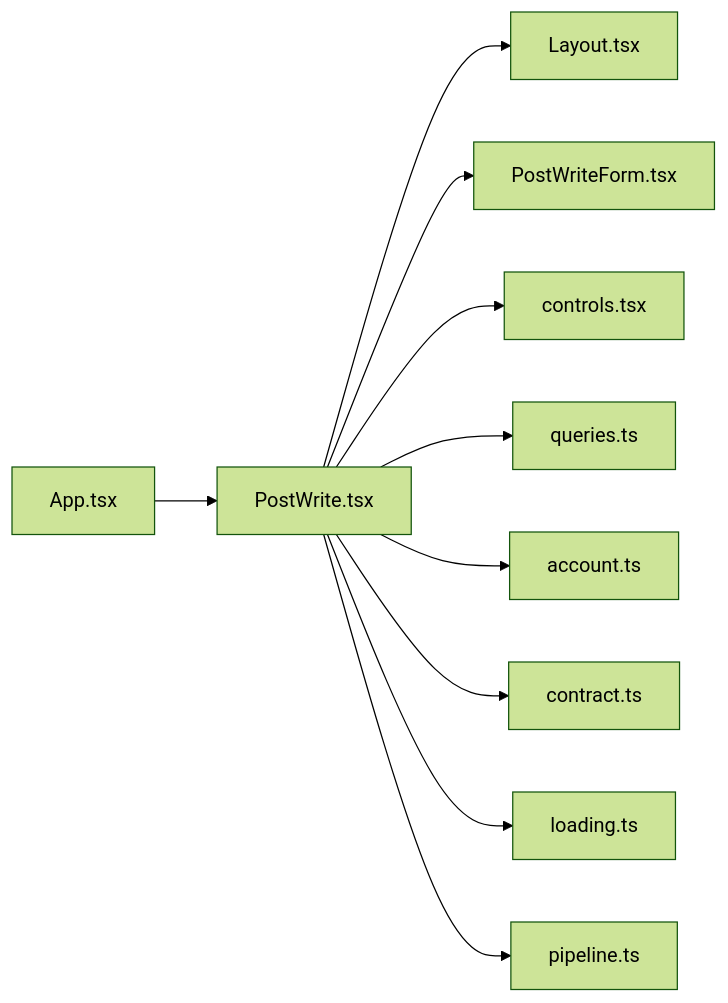
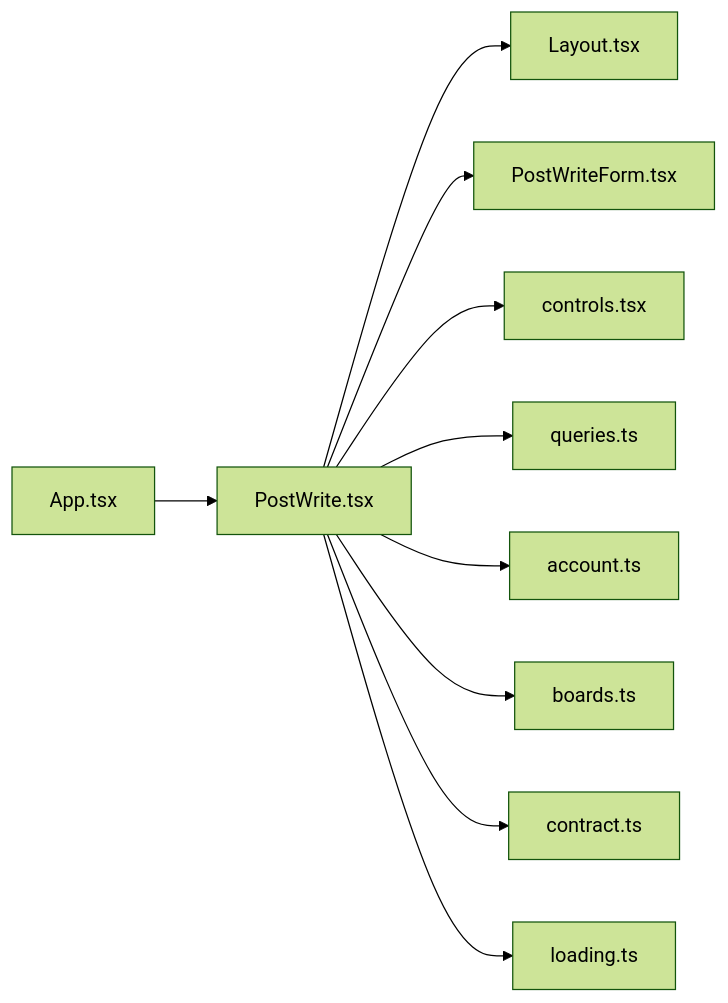
One commit to minkong-dev/Banblit changed the diagram in .cluedoc/graph/frontend/src/routes/PostWrite.md. Above: the diagram before and after it, drawn with Mermaid (forest theme). The commit also changed other lines of this file and 56 other files, not shown here.

Commit message:
frontend: import pure lib functions from their own files instead of through pipeline

````diff
--- a/.cluedoc/graph/frontend/src/routes/PostWrite.md
+++ b/.cluedoc/graph/frontend/src/routes/PostWrite.md
@@ -10,13 +10,13 @@
 ```mermaid
 flowchart LR
   frontend_src_routes_PostWrite["PostWrite.tsx"]
   frontend_src_routes_PostWrite --> frontend_src_components_Layout["Layout.tsx"]
   frontend_src_routes_PostWrite --> frontend_src_components_PostWriteForm["PostWriteForm.tsx"]
   frontend_src_routes_PostWrite --> frontend_src_components_controls["controls.tsx"]
   frontend_src_routes_PostWrite --> frontend_src_components_queries["queries.ts"]
   frontend_src_routes_PostWrite --> frontend_src_lib_account["account.ts"]
+  frontend_src_routes_PostWrite --> frontend_src_lib_boards["boards.ts"]
   frontend_src_routes_PostWrite --> frontend_src_lib_contract["contract.ts"]
   frontend_src_routes_PostWrite --> frontend_src_lib_loading["loading.ts"]
-  frontend_src_routes_PostWrite --> frontend_src_lib_pipeline["pipeline.ts"]
   frontend_src_App["App.tsx"] --> frontend_src_routes_PostWrite
 ```
````
